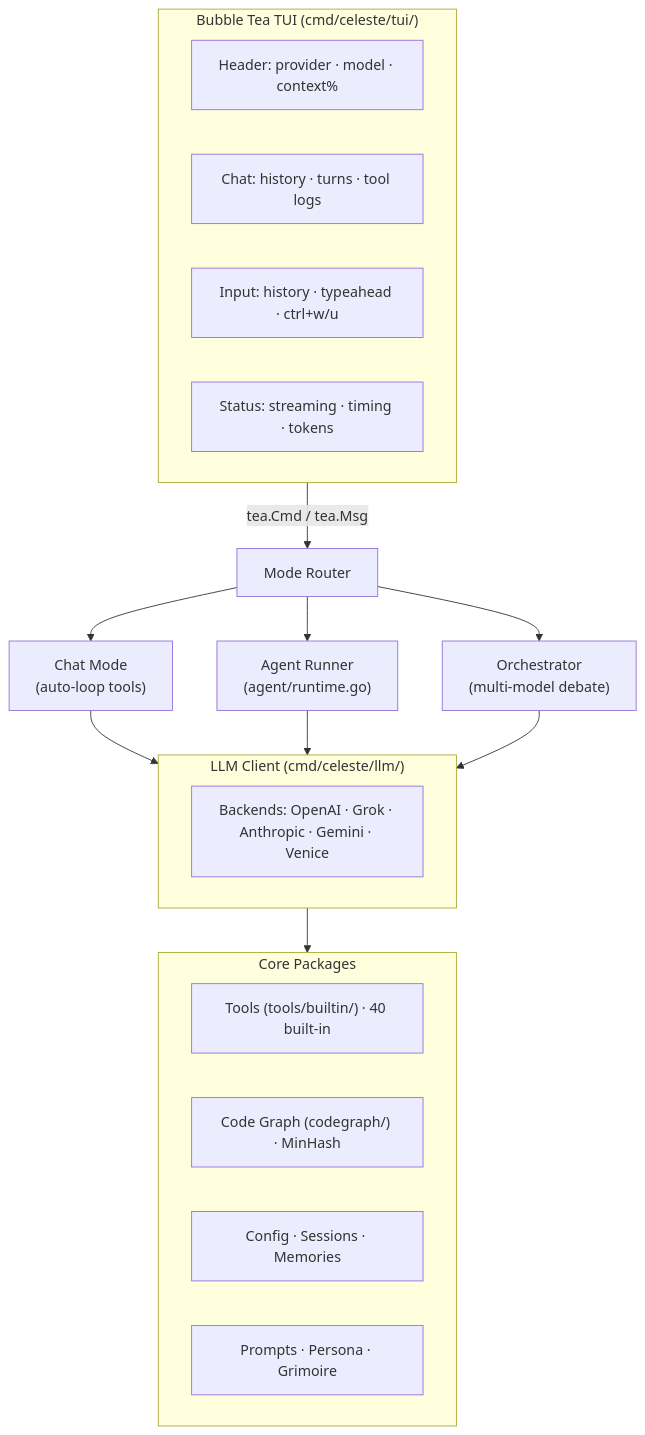
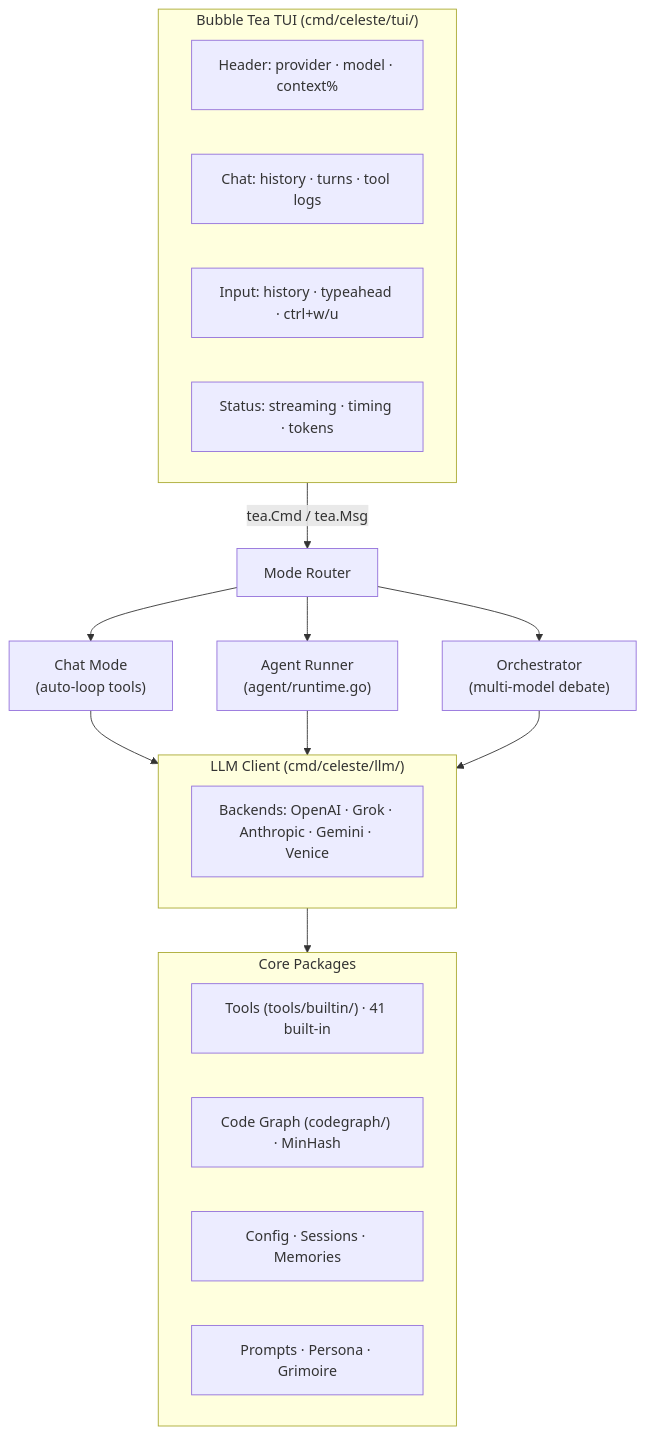
Before and after one commit to whykusanagi/celeste-cli: the diagram in docs/ARCHITECTURE.md, drawn with Mermaid. The commit also changed other lines of this file and 28 other files, not shown here.

````diff
--- a/docs/ARCHITECTURE.md
+++ b/docs/ARCHITECTURE.md
@@ -45,32 +45,32 @@
 ```mermaid
 flowchart TD
     subgraph TUI["Bubble Tea TUI (cmd/celeste/tui/)"]
         Header["Header: provider · model · context%"]
         Chat["Chat: history · turns · tool logs"]
         Input["Input: history · typeahead · ctrl+w/u"]
         Status["Status: streaming · timing · tokens"]
     end
 
     TUI -->|"tea.Cmd / tea.Msg"| Router["Mode Router"]
 
     Router --> ChatMode["Chat Mode\n(auto-loop tools)"]
     Router --> Agent["Agent Runner\n(agent/runtime.go)"]
     Router --> Orch["Orchestrator\n(multi-model debate)"]
 
     ChatMode --> LLM
     Agent --> LLM
     Orch --> LLM
 
     subgraph LLM["LLM Client (cmd/celeste/llm/)"]
         Backends["Backends: OpenAI · Grok · Anthropic · Gemini · Venice"]
     end
 
     LLM --> Tools
 
     subgraph Tools["Core Packages"]
-        ToolReg["Tools (tools/builtin/) · 40 built-in"]
+        ToolReg["Tools (tools/builtin/) · 41 built-in"]
         CodeGraph["Code Graph (codegraph/) · MinHash"]
         Config["Config · Sessions · Memories"]
         Prompts["Prompts · Persona · Grimoire"]
     end
 ```
````
